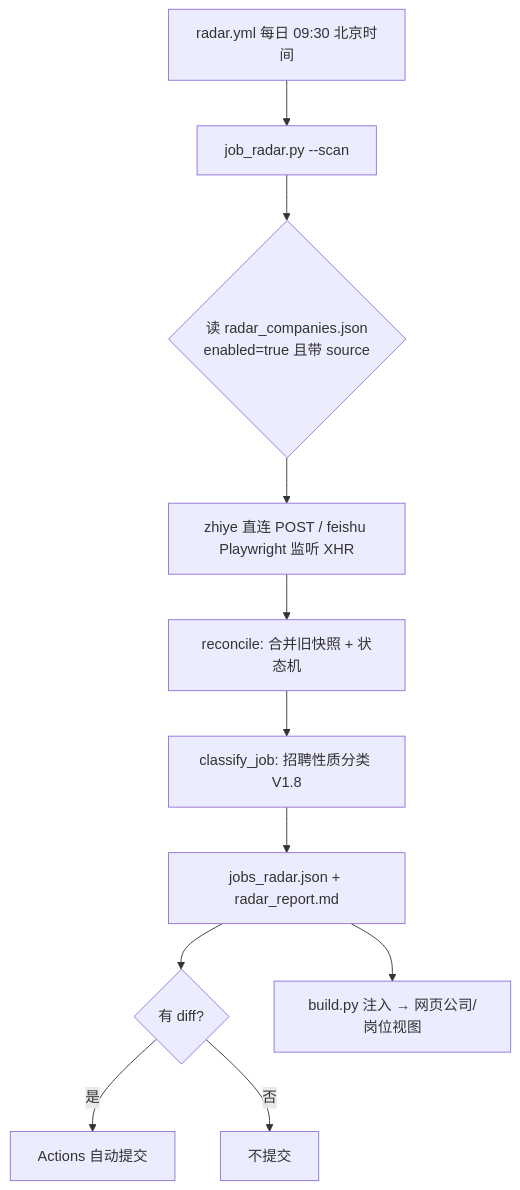
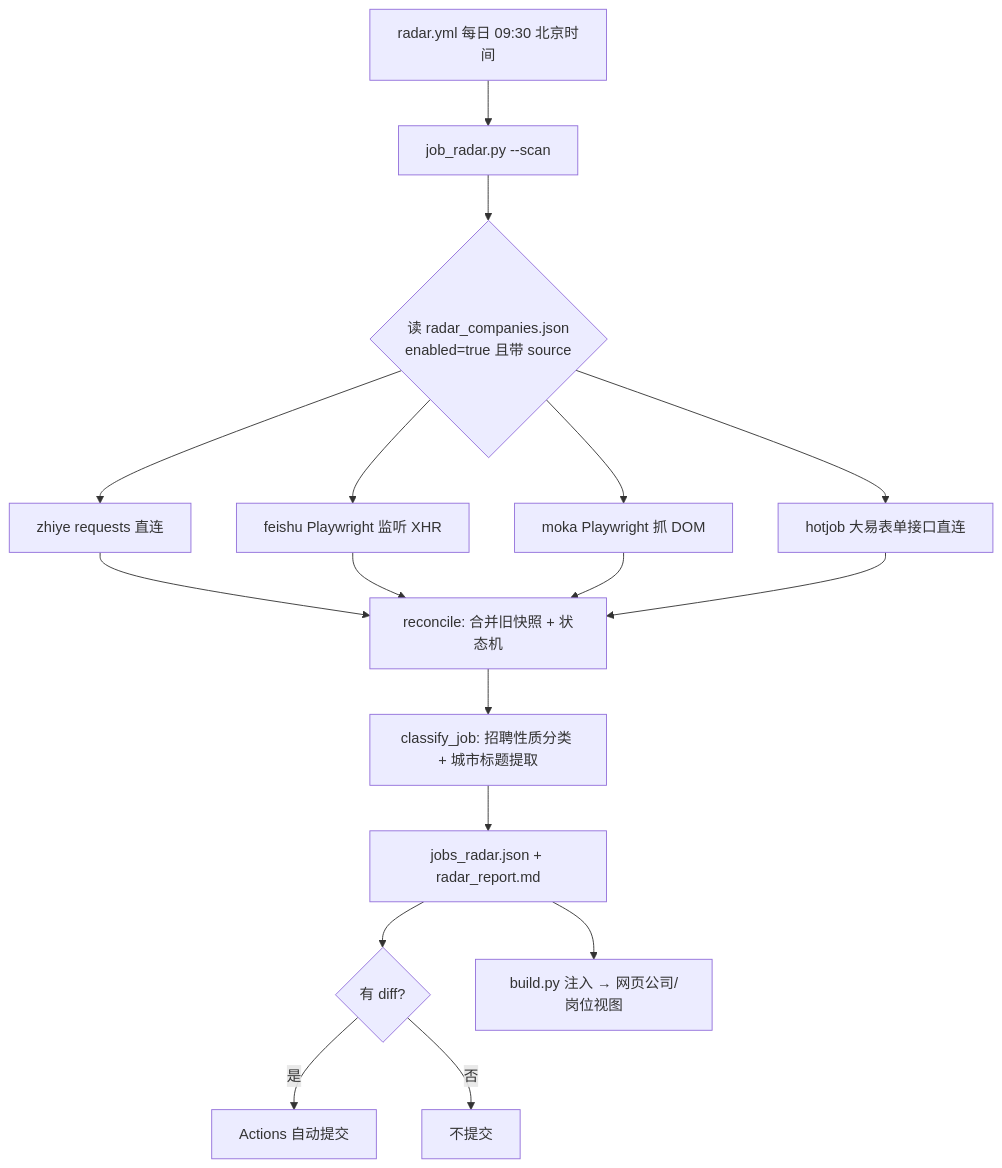
Before and after one commit to DOURENCHI/interview-bank: the diagram in docs/workflow.md, drawn with Mermaid. The commit also changed other lines of this file and 41 other files, not shown here.

````diff
--- a/docs/workflow.md
+++ b/docs/workflow.md
@@ -31,13 +31,19 @@
 ```mermaid
 flowchart TD
     A[radar.yml 每日 09:30 北京时间] --> B[job_radar.py --scan]
     B --> C{读 radar_companies.json<br/>enabled=true 且带 source}
-    C --> D[zhiye 直连 POST / feishu Playwright 监听 XHR]
-    D --> E[reconcile: 合并旧快照 + 状态机]
-    E --> F[classify_job: 招聘性质分类 V1.8]
+    C --> D1[zhiye requests 直连]
+    C --> D2[feishu Playwright 监听 XHR]
+    C --> D3[moka Playwright 抓 DOM]
+    C --> D4[hotjob 大易表单接口直连]
+    D1 --> E[reconcile: 合并旧快照 + 状态机]
+    D2 --> E
+    D3 --> E
+    D4 --> E
+    E --> F[classify_job: 招聘性质分类 + 城市标题提取]
     F --> G[jobs_radar.json + radar_report.md]
     G --> H{有 diff?}
     H -->|是| I[Actions 自动提交]
     H -->|否| J[不提交]
     G --> K[build.py 注入 → 网页公司/岗位视图]
 ```
````
